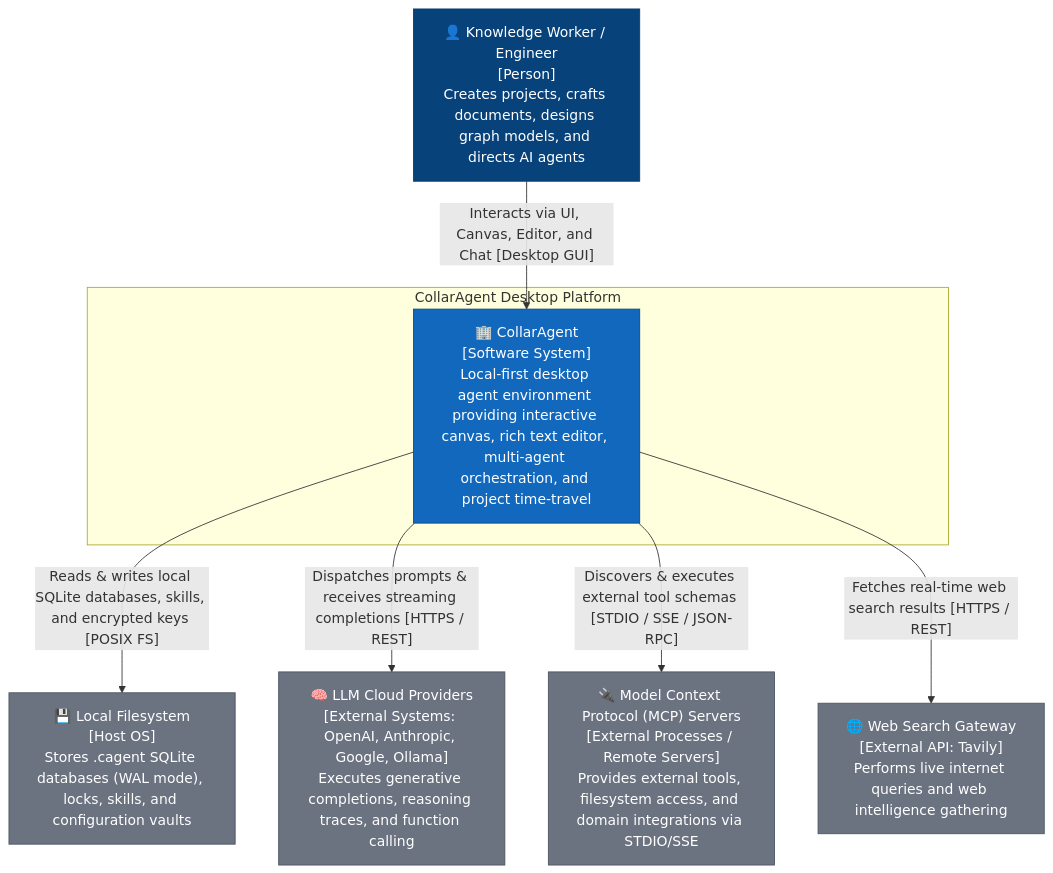
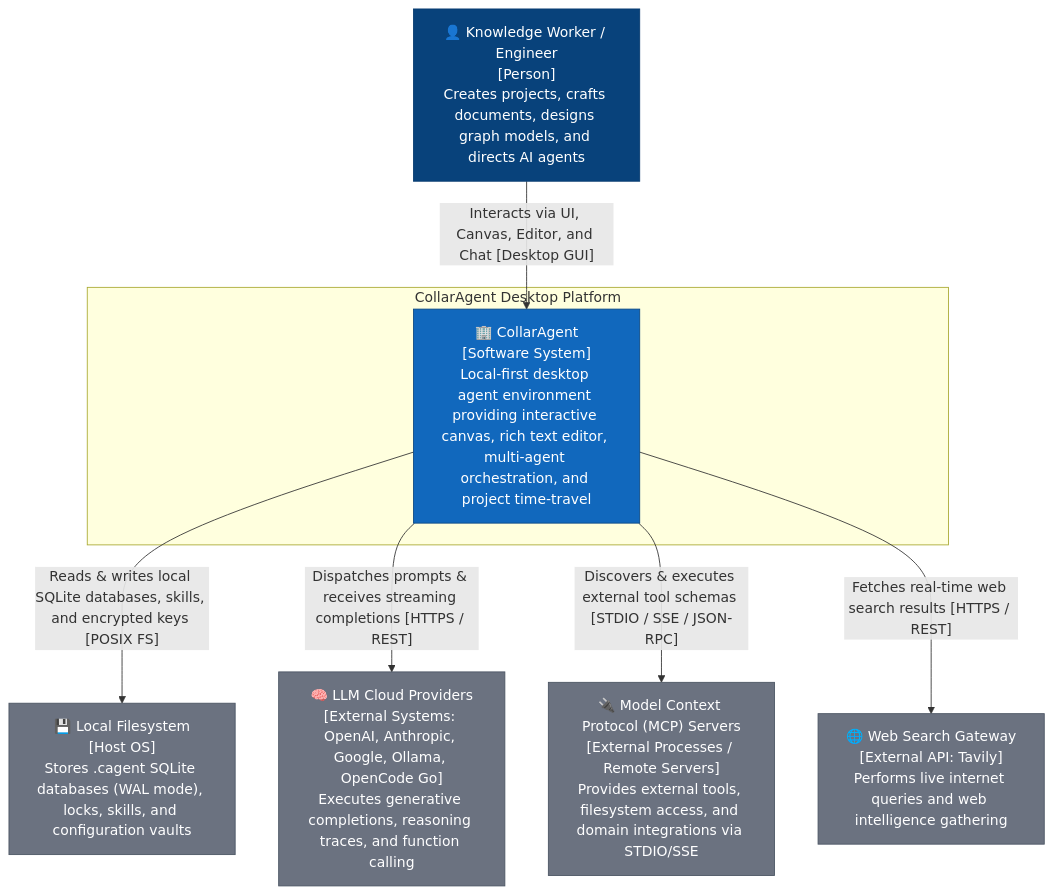
One commit to Goldwaterfung/Collaragent changed the diagram in docs/design-catalog/c1-context/context.mmd. Above: the diagram before and after it, drawn with Mermaid. The commit also changed 42 other files, not shown here.

```diff
--- a/docs/design-catalog/c1-context/context.mmd
+++ b/docs/design-catalog/c1-context/context.mmd
@@ -1,23 +1,23 @@
 flowchart TB
     %% C1 System Context Styling
     classDef person fill:#08427b,stroke:#073b6f,color:#fff;
     classDef system fill:#1168bd,stroke:#0b4884,color:#fff;
     classDef external fill:#6b7280,stroke:#4b5563,color:#fff;
     classDef boundary fill:none,stroke:#94a3b8,stroke-width:2px,stroke-dasharray: 5 5;
 
     User["👤 Knowledge Worker / Engineer<br/>[Person]<br/>Creates projects, crafts documents, designs graph models, and directs AI agents"]:::person
 
     subgraph SystemBoundary ["CollarAgent Desktop Platform"]
         CollarAgentApp["🏢 CollarAgent<br/>[Software System]<br/>Local-first desktop agent environment providing interactive canvas, rich text editor, multi-agent orchestration, and project time-travel"]:::system
     end
 
     LocalFS["💾 Local Filesystem<br/>[Host OS]<br/>Stores .cagent SQLite databases (WAL mode), locks, skills, and configuration vaults"]:::external
-    LLMProviders["🧠 LLM Cloud Providers<br/>[External Systems: OpenAI, Anthropic, Google, Ollama]<br/>Executes generative completions, reasoning traces, and function calling"]:::external
+    LLMProviders["🧠 LLM Cloud Providers<br/>[External Systems: OpenAI, Anthropic, Google, Ollama, OpenCode Go]<br/>Executes generative completions, reasoning traces, and function calling"]:::external
     MCPServers["🔌 Model Context Protocol (MCP) Servers<br/>[External Processes / Remote Servers]<br/>Provides external tools, filesystem access, and domain integrations via STDIO/SSE"]:::external
     SearchGateway["🌐 Web Search Gateway<br/>[External API: Tavily]<br/>Performs live internet queries and web intelligence gathering"]:::external
 
     User -->|"Interacts via UI, Canvas, Editor, and Chat [Desktop GUI]"| CollarAgentApp
     CollarAgentApp -->|"Reads & writes local SQLite databases, skills, and encrypted keys [POSIX FS]"| LocalFS
     CollarAgentApp -->|"Dispatches prompts & receives streaming completions [HTTPS / REST]"| LLMProviders
     CollarAgentApp -->|"Discovers & executes external tool schemas [STDIO / SSE / JSON-RPC]"| MCPServers
     CollarAgentApp -->|"Fetches real-time web search results [HTTPS / REST]"| SearchGateway
```
